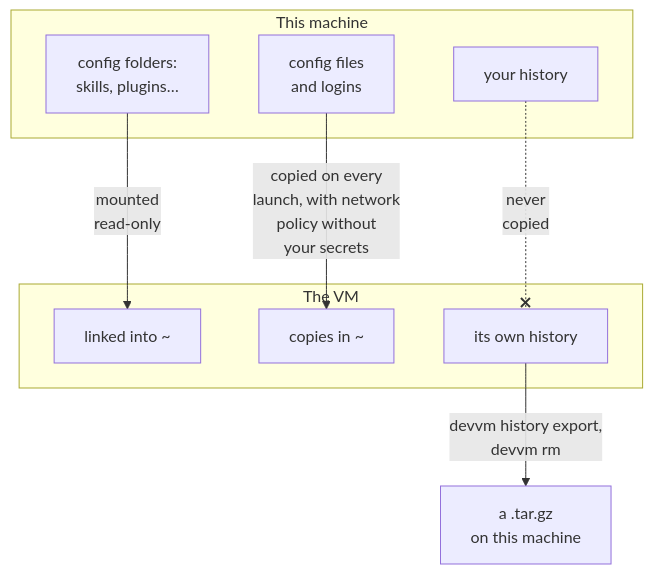
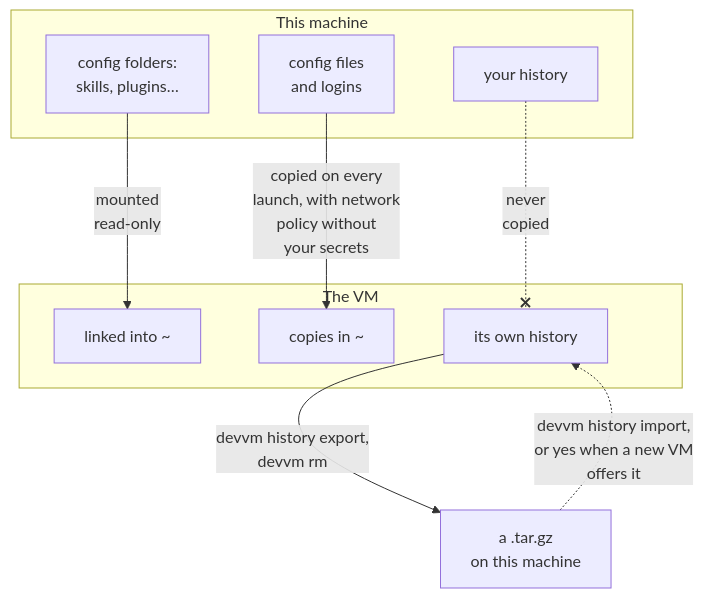
One commit to DustyPolk/devvm changed the diagram in docs/content/docs/using/coding-agents.md. Above: the diagram before and after it, drawn with Mermaid. The commit also changed other lines of this file and 66 other files, not shown here.

````diff
--- a/docs/content/docs/using/coding-agents.md
+++ b/docs/content/docs/using/coding-agents.md
@@ -49,17 +49,18 @@
 ```mermaid
 flowchart TD
   subgraph host["This machine"]
     folders["config folders:<br>skills, plugins…"]
     files["config files<br>and logins"]
     history["your history"]
   end
   subgraph guest["The VM"]
     links["linked into ~"]
     copies["copies in ~"]
     own["its own history"]
   end
   folders -- "mounted<br>read-only" --> links
   files -- "copied on every<br>launch, with network<br>policy without<br>your secrets" --> copies
   history -. "never<br>copied" .-x own
   own -- "devvm history export,<br>devvm rm" --> export["a .tar.gz<br>on this machine"]
+  export -. "devvm history import,<br>or yes when a new VM<br>offers it" .-> own
 ```
````
